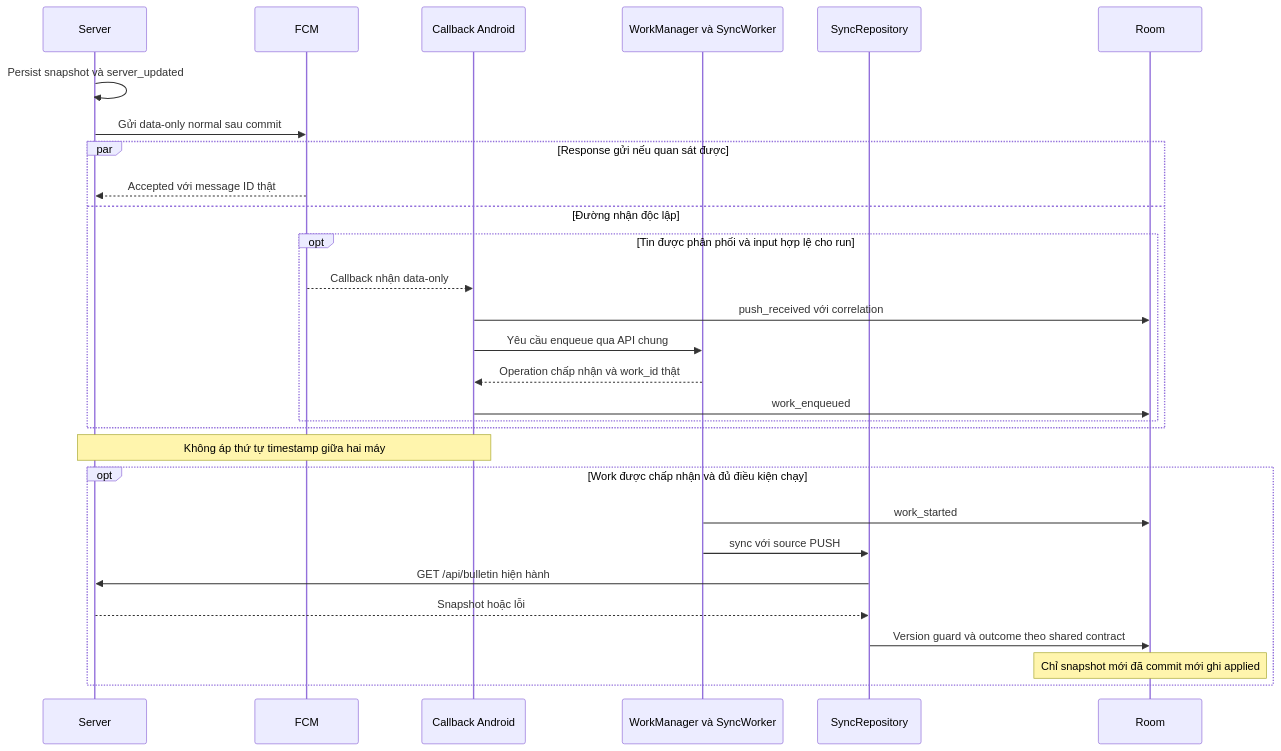
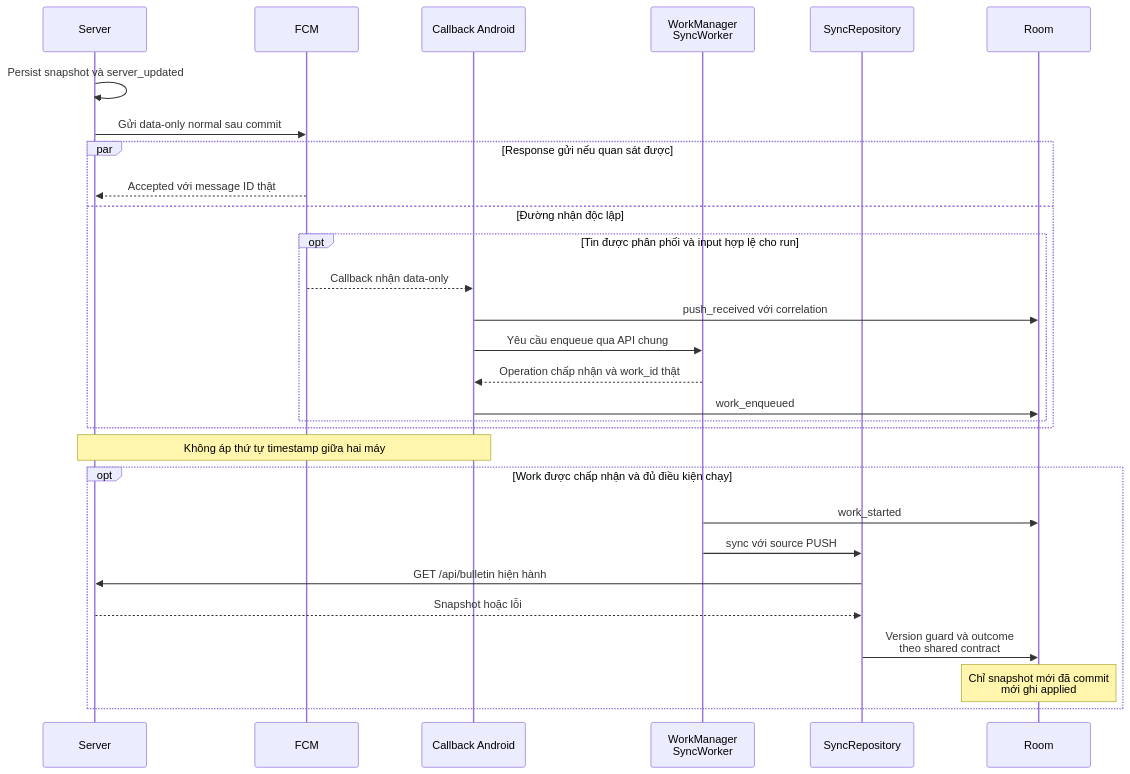
The second of 2 diagrams in docs/MECHANISMS.md (ThanhTris/Seminar-IE307), drawn with Mermaid before and after one commit. The commit also changed other lines of this file and 3 other files, not shown here.

Commit message:
docs(SEM-19): verify diagrams and complete handoff

````diff
--- a/docs/MECHANISMS.md
+++ b/docs/MECHANISMS.md
@@ -79,31 +79,31 @@
 ```mermaid
 sequenceDiagram
     participant S as Server
     participant F as FCM
     participant C as Callback Android
-    participant W as WorkManager và SyncWorker
+    participant W as WorkManager<br/>SyncWorker
     participant R as SyncRepository
     participant D as Room
     S->>S: Persist snapshot và server_updated
     S->>F: Gửi data-only normal sau commit
     par Response gửi nếu quan sát được
         F-->>S: Accepted với message ID thật
     and Đường nhận độc lập
         opt Tin được phân phối và input hợp lệ cho run
             F-->>C: Callback nhận data-only
             C->>D: push_received với correlation
             C->>W: Yêu cầu enqueue qua API chung
             W-->>C: Operation chấp nhận và work_id thật
             C->>D: work_enqueued
         end
     end
     Note over S,C: Không áp thứ tự timestamp giữa hai máy
     opt Work được chấp nhận và đủ điều kiện chạy
         W->>D: work_started
         W->>R: sync với source PUSH
         R->>S: GET /api/bulletin hiện hành
         S-->>R: Snapshot hoặc lỗi
-        R->>D: Version guard và outcome theo shared contract
-        Note over D: Chỉ snapshot mới đã commit mới ghi applied
+        R->>D: Version guard và outcome<br/>theo shared contract
+        Note over D: Chỉ snapshot mới đã commit<br/>mới ghi applied
     end
 ```
````
